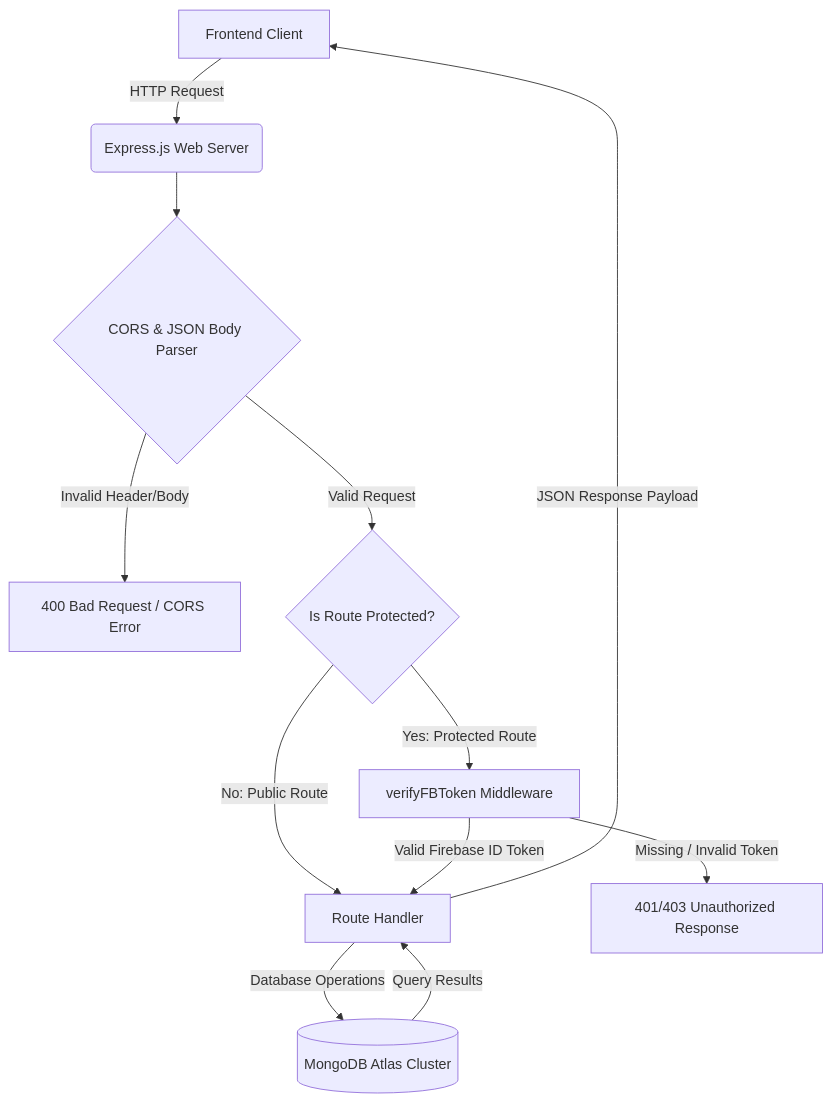
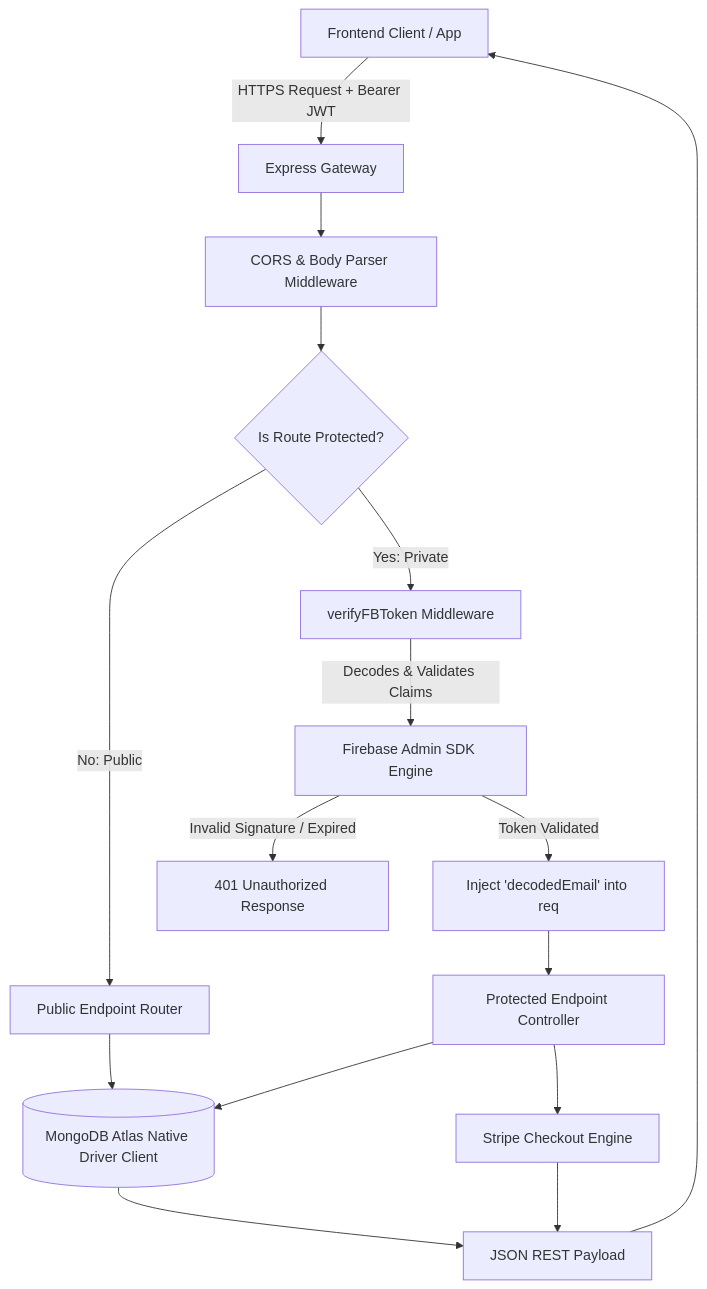
Before and after one commit to SiratimMChy/BloodDonation-Backend: the diagram in README.md, drawn with Mermaid. The commit also changed other lines of this file, not shown here.

````diff
--- a/README.md
+++ b/README.md
@@ -79,17 +69,24 @@
 ```mermaid
 graph TD
-    A[Frontend Client] -->|HTTP Request| B(Express.js Web Server)
-    B --> C{CORS & JSON Body Parser}
-    C -->|Invalid Header/Body| D[400 Bad Request / CORS Error]
-    C -->|Valid Request| E{Is Route Protected?}
+    Client[Frontend Client / App] -->|HTTPS Request + Bearer JWT| Gateway[Express Gateway]
+    Gateway --> Parser[CORS & Body Parser Middleware]
+    Parser --> Routing{Is Route Protected?}
     
-    E -->|No: Public Route| H[Route Handler]
-    E -->|Yes: Protected Route| F[verifyFBToken Middleware]
+    Routing -->|No: Public| PublicHandler[Public Endpoint Router]
+    Routing -->|Yes: Private| AuthFilter[verifyFBToken Middleware]
     
-    F -->|Missing / Invalid Token| G[401/403 Unauthorized Response]
-    F -->|Valid Firebase ID Token| H
+    AuthFilter -->|Decodes & Validates Claims| FirebaseAdmin[Firebase Admin SDK Engine]
+    FirebaseAdmin -->|Invalid Signature / Expired| Err401[401 Unauthorized Response]
+    FirebaseAdmin -->|Token Validated| MountUser[Inject 'decodedEmail' into req]
     
-    H -->|Database Operations| I[(MongoDB Atlas Cluster)]
-    I -->|Query Results| H
-    H -->|JSON Response Payload| A
+    MountUser --> PrivateHandler[Protected Endpoint Controller]
+    
+    PublicHandler --> DB[(MongoDB Atlas Native Driver Client)]
+    PrivateHandler --> DB
+    
+    PrivateHandler --> StripeAPI[Stripe Checkout Engine]
+    
+    DB --> Output[JSON REST Payload]
+    StripeAPI --> Output
+    Output --> Client
 ```
````
